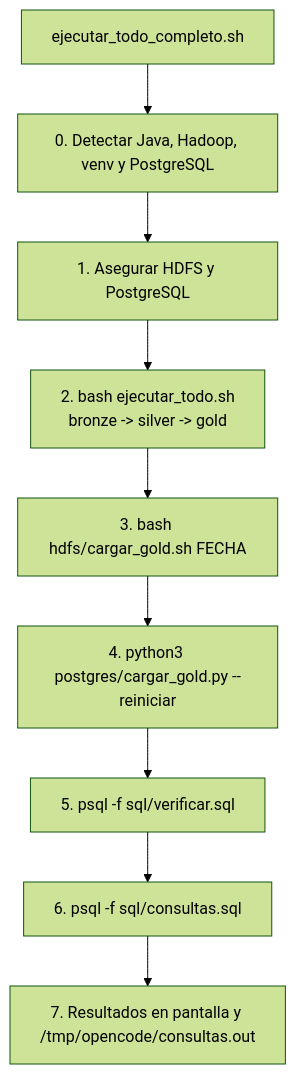
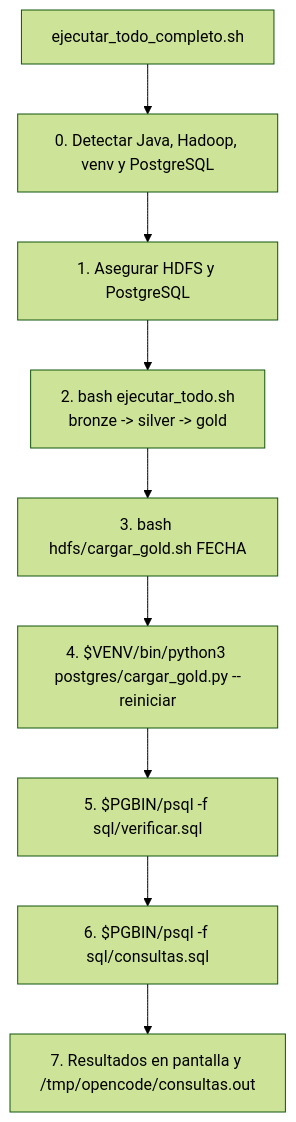
One commit to porrasgp/bigdata-openlibrary changed the fifth of 5 diagrams in docs/flujo.md. Above: the diagram before and after it, drawn with Mermaid (forest theme). The commit also changed other lines of this file and 9 other files, not shown here.

````diff
--- a/docs/flujo.md
+++ b/docs/flujo.md
@@ -75,11 +75,11 @@
 ```mermaid
 flowchart TD
     C["ejecutar_todo_completo.sh"] --> E0["0. Detectar Java, Hadoop, venv y PostgreSQL"]
     E0 --> E1["1. Asegurar HDFS y PostgreSQL"]
     E1 --> N["2. bash ejecutar_todo.sh<br/>bronze -> silver -> gold"]
     N --> E2["3. bash hdfs/cargar_gold.sh FECHA"]
-    E2 --> E3["4. python3 postgres/cargar_gold.py --reiniciar"]
-    E3 --> E4["5. psql -f sql/verificar.sql"]
-    E4 --> E5["6. psql -f sql/consultas.sql"]
+    E2 --> E3["4. $VENV/bin/python3 postgres/cargar_gold.py --reiniciar"]
+    E3 --> E4["5. $PGBIN/psql -f sql/verificar.sql"]
+    E4 --> E5["6. $PGBIN/psql -f sql/consultas.sql"]
     E5 --> E6["7. Resultados en pantalla y /tmp/opencode/consultas.out"]
 ```
````
